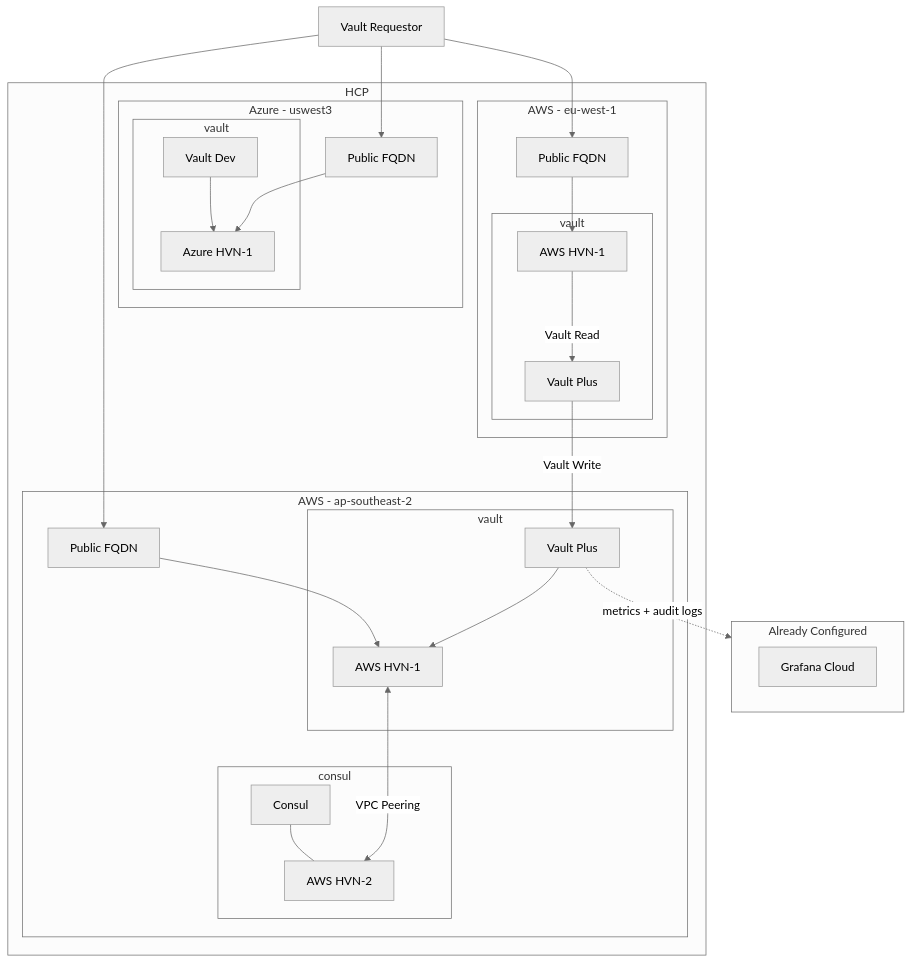
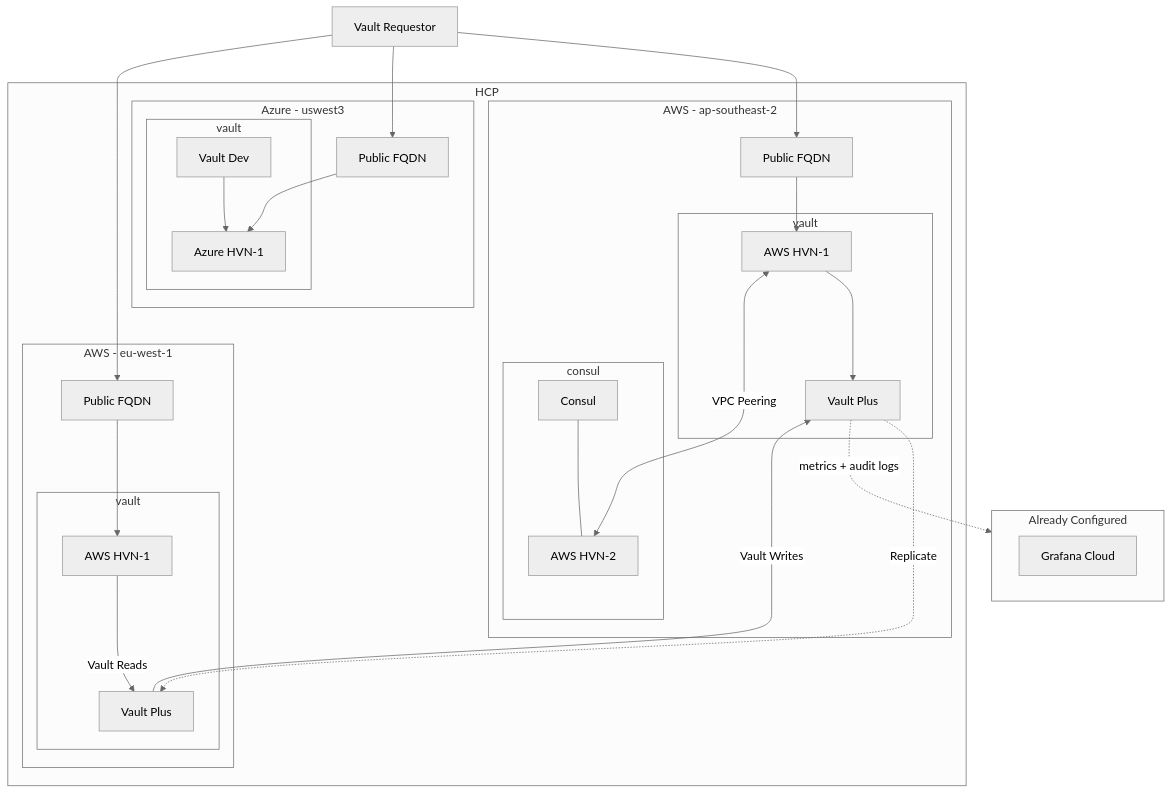
One commit to pandom/tf-hcp-cluster changed the diagram in README.md. Above: the diagram before and after it, drawn with Mermaid (neutral theme).

Commit message:
Fixes replication readme

````diff
--- a/README.md
+++ b/README.md
@@ -14,45 +14,46 @@
 ```mermaid
 flowchart TD
 u[Vault Requestor]-->in
 u-->inaz
 u-->inpr
 inpr-->awshvnpr
-awshvnpr-->|Vault Read|hcpvawspr
-hcpvawspr-->|Vault Write|hcpvaws
+awshvnpr-->|Vault Reads|hcpvawspr
+hcpvawspr--->|Vault Writes|hcpvaws
+hcpvaws-.->|Replicate|hcpvawspr
 in-->awshvn
 subgraph HCP
 subgraph awseu[AWS - eu-west-1]
 inpr[Public FQDN]
 subgraph vaultpr[vault]
 hcpvawspr[Vault Plus]
 awshvnpr[AWS HVN-1]
 end
 end
 subgraph aws[AWS - ap-southeast-2]
 in[Public FQDN]
 subgraph vault
 hcpvaws[Vault Plus]
 awshvn[AWS HVN-1]
 end
 subgraph consul
 awshvn2[AWS HVN-2]
 hcpcaws[Consul]---awshvn2
 end
 end
 subgraph az[Azure - uswest3]
 inaz[Public FQDN]-->azhvn
 subgraph vaz[vault]
 hcpvaz[Vault Dev]
 azhvn[Azure HVN-1]
 end
 end
 end
 subgraph g[Already Configured]
 gcloud[Grafana Cloud]
 end
 
-hcpvaws-->awshvn
+awshvn-->hcpvaws
 awshvn <--->|VPC Peering|awshvn2
 hcpvaz-->azhvn
 hcpvaws -.->|metrics + audit logs| g
 ```
````
